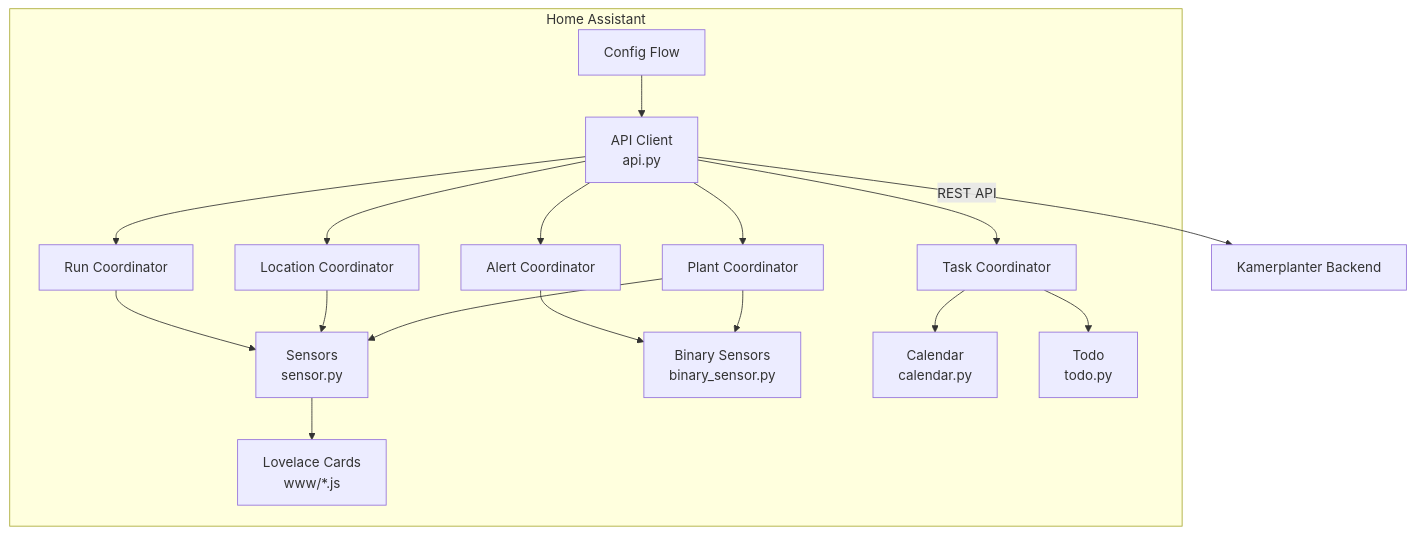
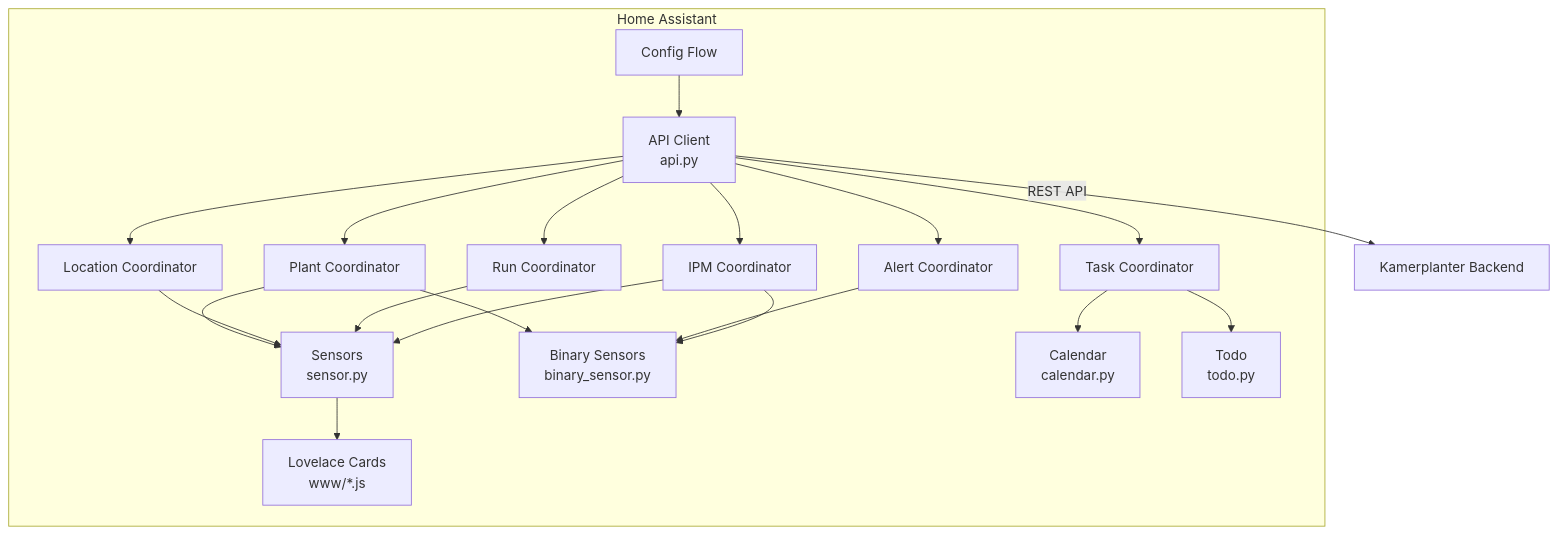
One commit to nolte/kamerplanter-ha changed the diagram in docs/de/development/architecture.md. Above: the diagram before and after it, drawn with Mermaid. The commit also changed other lines of this file and 23 other files, not shown here.

````diff
--- a/docs/de/development/architecture.md
+++ b/docs/de/development/architecture.md
@@ -5,20 +13,23 @@
 ```mermaid
 flowchart TB
     subgraph HA["Home Assistant"]
         CF["Config Flow"] --> API["API Client\napi.py"]
         API --> C1["Plant Coordinator"]
         API --> C2["Location Coordinator"]
         API --> C3["Run Coordinator"]
         API --> C4["Alert Coordinator"]
         API --> C5["Task Coordinator"]
+        API --> C6["IPM Coordinator"]
         C1 --> S["Sensors\nsensor.py"]
         C1 --> BS["Binary Sensors\nbinary_sensor.py"]
         C2 --> S
         C3 --> S
         C4 --> BS
+        C6 --> S
+        C6 --> BS
         C5 --> CAL["Calendar\ncalendar.py"]
         C5 --> TODO["Todo\ntodo.py"]
         S --> CARDS["Lovelace Cards\nwww/*.js"]
     end
     API -->|REST API| KP["Kamerplanter Backend"]
 ```
````
